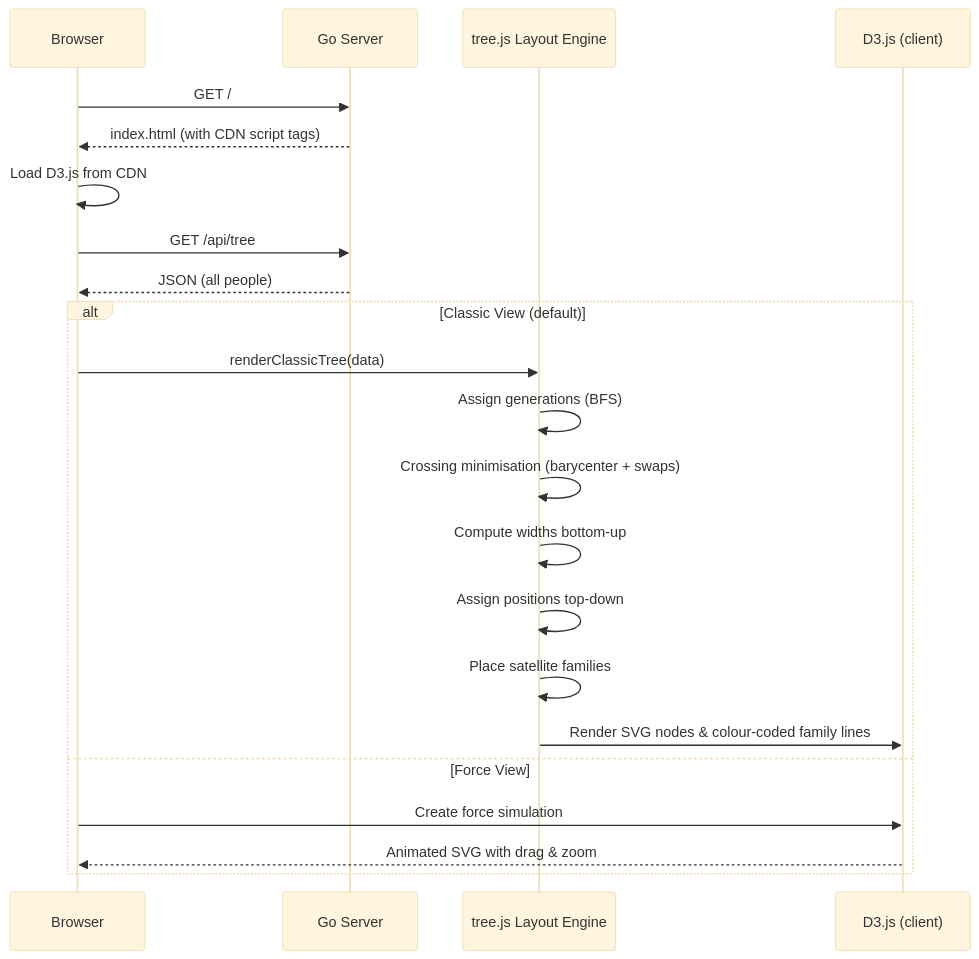
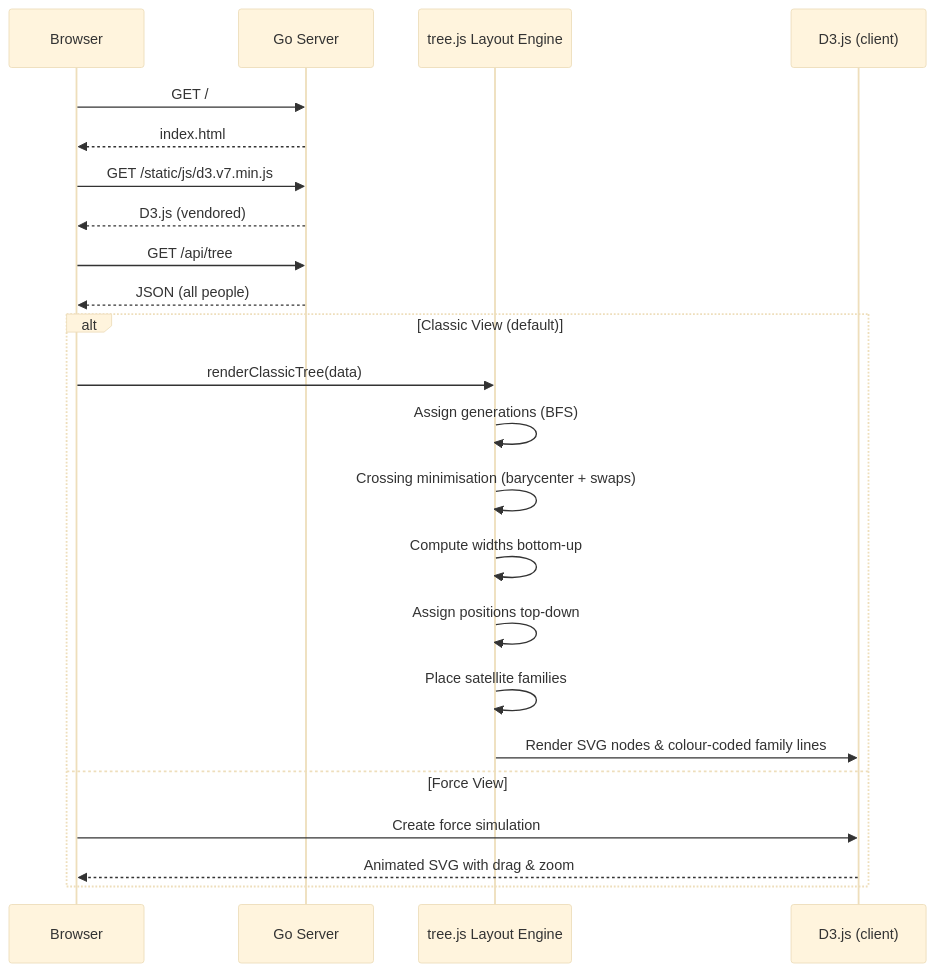
Before and after one commit to bjblazko/sippschaft: the fifth of 7 diagrams in doc/architecture.md, drawn with Mermaid (base theme). The commit also changed other lines of this file and 14 other files, not shown here.

````diff
--- a/doc/architecture.md
+++ b/doc/architecture.md
@@ -197,25 +195,26 @@
 ```mermaid
 sequenceDiagram
     participant Browser
     participant Server as Go Server
     participant Layout as tree.js Layout Engine
     participant D3 as D3.js (client)
 
     Browser->>Server: GET /
-    Server-->>Browser: index.html (with CDN script tags)
-    Browser->>Browser: Load D3.js from CDN
+    Server-->>Browser: index.html
+    Browser->>Server: GET /static/js/d3.v7.min.js
+    Server-->>Browser: D3.js (vendored)
     Browser->>Server: GET /api/tree
     Server-->>Browser: JSON (all people)
     alt Classic View (default)
         Browser->>Layout: renderClassicTree(data)
         Layout->>Layout: Assign generations (BFS)
         Layout->>Layout: Crossing minimisation (barycenter + swaps)
         Layout->>Layout: Compute widths bottom-up
         Layout->>Layout: Assign positions top-down
         Layout->>Layout: Place satellite families
         Layout->>D3: Render SVG nodes & colour-coded family lines
     else Force View
         Browser->>D3: Create force simulation
         D3-->>Browser: Animated SVG with drag & zoom
     end
 ```
````
